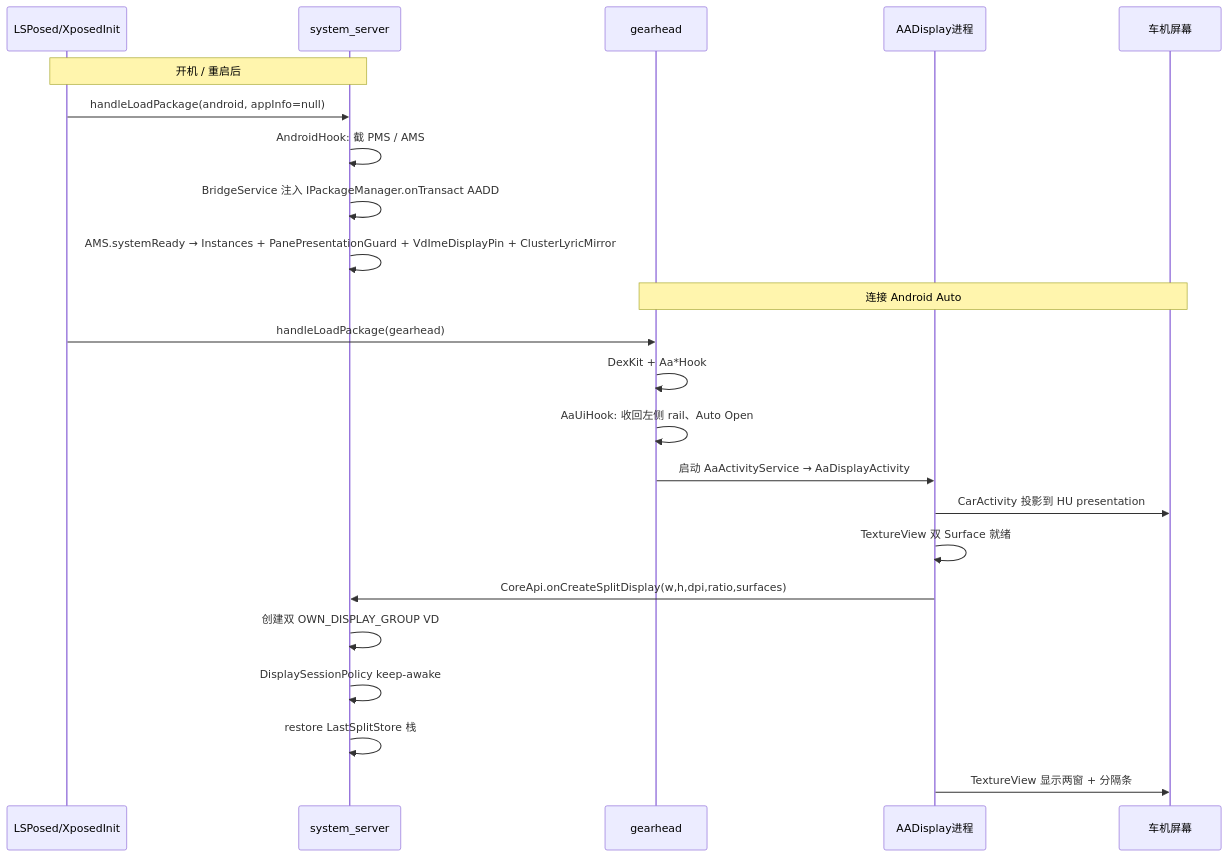
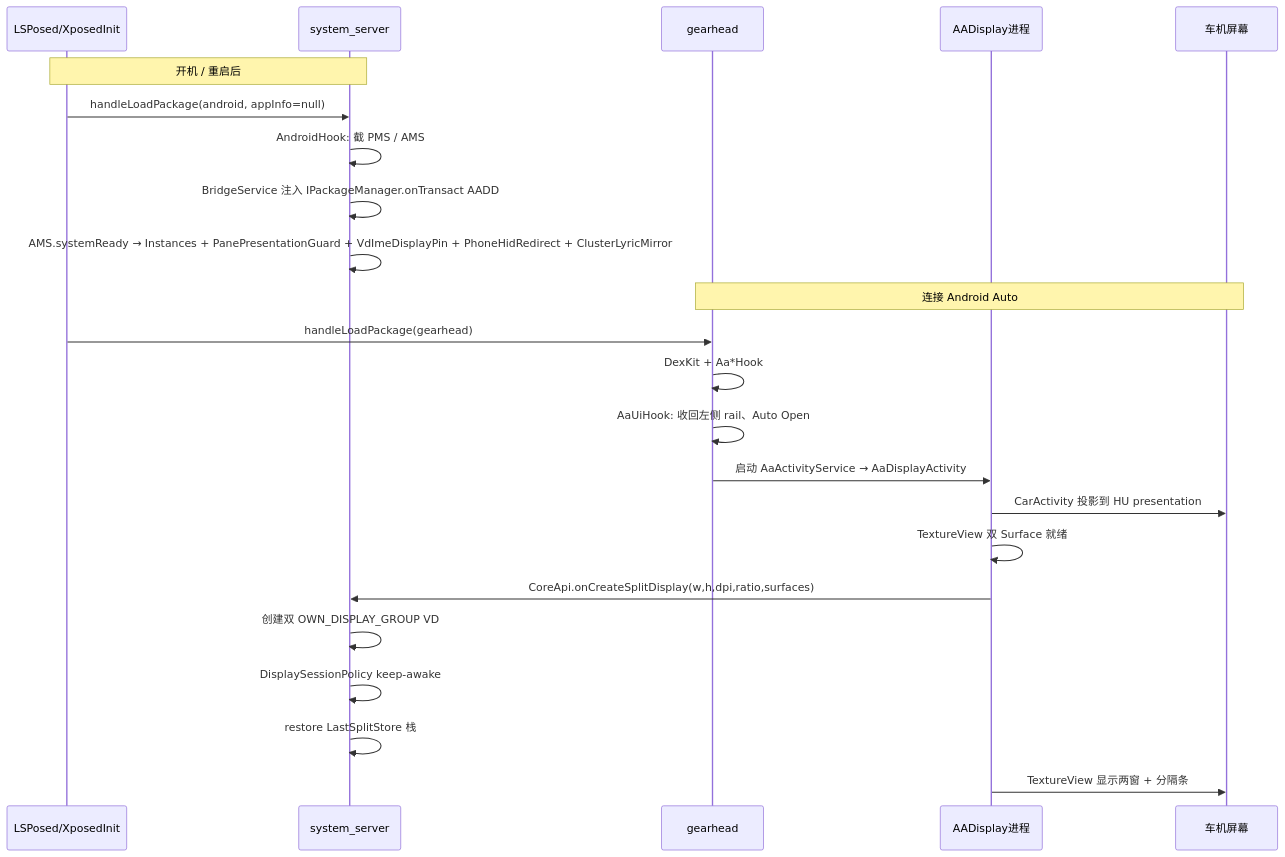
The first of 2 diagrams in docs/EXECUTION.md (lagXkjy/AADisplay), drawn with Mermaid before and after one commit. The commit also changed other lines of this file and 13 other files, not shown here.

````diff
--- a/docs/EXECUTION.md
+++ b/docs/EXECUTION.md
@@ -36,27 +36,27 @@
 ```mermaid
 sequenceDiagram
     participant XP as LSPosed/XposedInit
     participant SS as system_server
     participant GH as gearhead
     participant APP as AADisplay进程
     participant HU as 车机屏幕
 
     Note over XP,SS: 开机 / 重启后
     XP->>SS: handleLoadPackage(android, appInfo=null)
     SS->>SS: AndroidHook: 截 PMS / AMS
     SS->>SS: BridgeService 注入 IPackageManager.onTransact AADD
-    SS->>SS: AMS.systemReady → Instances + PanePresentationGuard + VdImeDisplayPin + ClusterLyricMirror
+    SS->>SS: AMS.systemReady → Instances + PanePresentationGuard + VdImeDisplayPin + PhoneHidRedirect + ClusterLyricMirror
 
     Note over GH,HU: 连接 Android Auto
     XP->>GH: handleLoadPackage(gearhead)
     GH->>GH: DexKit + Aa*Hook
     GH->>GH: AaUiHook: 收回左侧 rail、Auto Open
     GH->>APP: 启动 AaActivityService → AaDisplayActivity
     APP->>HU: CarActivity 投影到 HU presentation
     APP->>APP: TextureView 双 Surface 就绪
     APP->>SS: CoreApi.onCreateSplitDisplay(w,h,dpi,ratio,surfaces)
     SS->>SS: 创建双 OWN_DISPLAY_GROUP VD
     SS->>SS: DisplaySessionPolicy keep-awake
     SS->>SS: restore LastSplitStore 栈
     APP->>HU: TextureView 显示两窗 + 分隔条
 ```
````
